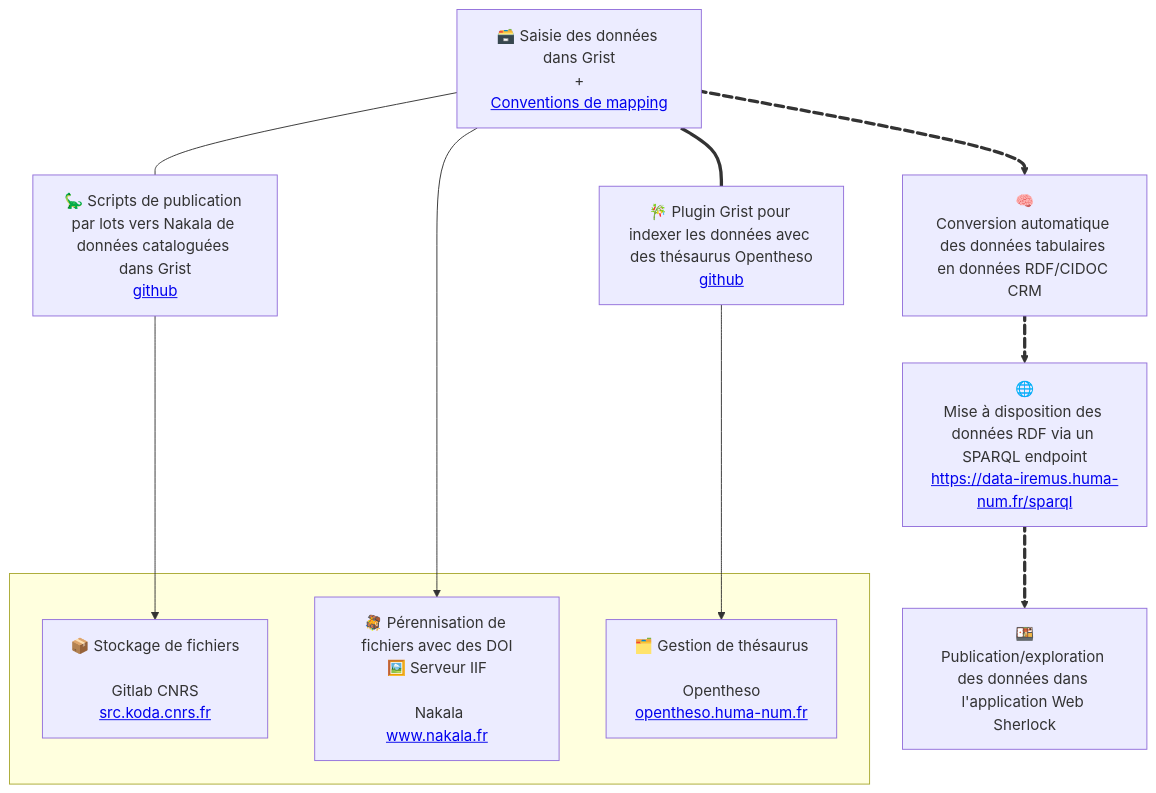
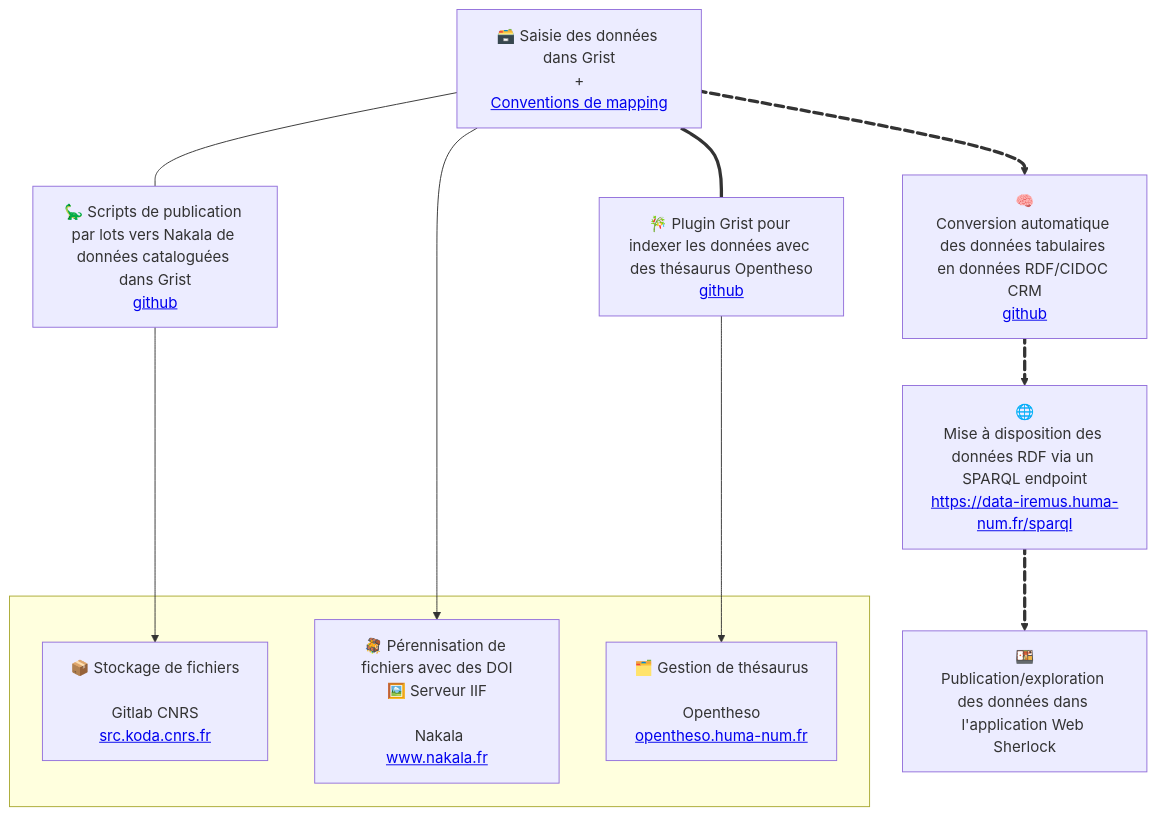
Before and after one commit to sherlock-iremus/sherlock: the diagram in README.md, drawn with Mermaid.

````diff
--- a/README.md
+++ b/README.md
@@ -48,29 +48,29 @@
 ```mermaid
     flowchart TB
     
     subgraph  
     koda[📦 Stockage de fichiers<br><br>Gitlab CNRS<br><a href="https://src.koda.cnrs.fr/">src.koda.cnrs.fr</a>]
     nakala[🪎 Pérennisation de fichiers avec des DOI<br>🖼️ Serveur IIF<br><br> Nakala<br><a href="https://www.nakala.fr/">www.nakala.fr</a>]
     hnot[🗂️ Gestion de thésaurus<br><br>Opentheso<br><a href="https://opentheso.huma-num.fr/">opentheso.huma-num.fr</a>]
     end
     
     grist[🗃️ Saisie des données dans Grist<br>+<br><a href="https://github.com/sherlock-iremus/sherlock-grist-to-crm/blob/main/doc/mapping.md">Conventions de mapping</a>]
-    scripts[🧠<br>Conversion automatique des données tabulaires en données RDF/CIDOC CRM]
+    scripts[🧠<br>Conversion automatique des données tabulaires en données RDF/CIDOC CRM<br><a href="https://github.com/sherlock-iremus/sherlock-grist-to-crm">github</a>]
     sparql[🌐<br>Mise à disposition des données RDF via un SPARQL endpoint<br><a href="https://data-iremus.huma-num.fr/sparql">https://data-iremus.huma-num.fr/sparql</a>]
     sherlock[🍱<br>Publication/exploration des données dans l'application Web Sherlock]
     gop[🎋 Plugin Grist pour indexer les données avec des thésaurus Opentheso<br><a href="https://github.com/sherlock-iremus/sherlock-grist-opentheso-plugin">github</a>]
     sdnakala[🦕 Scripts de publication par lots vers Nakala de données cataloguées dans Grist<br><a href="https://github.com/sherlock-iremus/sherlock-deno">github</a>]
 
     grist e1@==> scripts
     scripts e2@==> sparql
     sparql e3@==> sherlock
 
 
 e1@{ animate: true }
     e2@{ animate: true }
     e3@{ animate: true }
     
     grist --- sdnakala--->koda
     grist===gop--->hnot
     grist--->nakala
 ```
````
